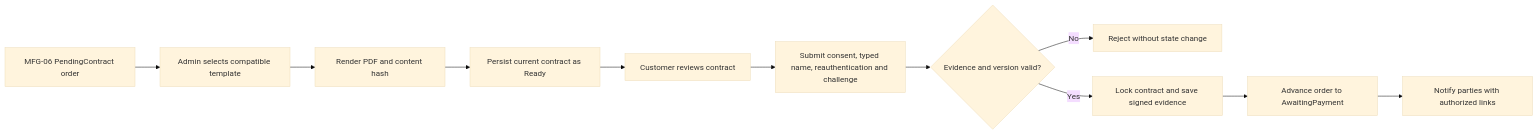
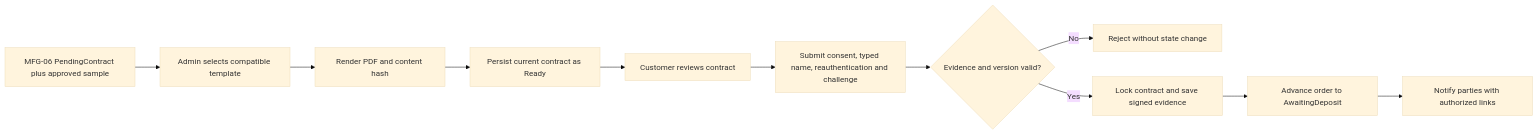
One commit to ankhanhwork/weavelink-project changed the first of 2 diagrams in specs/spec-MFG-09.md. Above: the diagram before and after it, drawn with Mermaid (base theme). The commit also changed other lines of this file and 101 other files, not shown here.

````diff
--- a/specs/spec-MFG-09.md
+++ b/specs/spec-MFG-09.md
@@ -66,13 +66,13 @@
 ```mermaid
 flowchart LR
-  Order[MFG-06 PendingContract order] --> Template[Admin selects compatible template]
+  Order[MFG-06 PendingContract plus approved sample] --> Template[Admin selects compatible template]
   Template --> Render[Render PDF and content hash]
   Render --> Ready[Persist current contract as Ready]
   Ready --> Review[Customer reviews contract]
   Review --> Evidence[Submit consent, typed name, reauthentication and challenge]
   Evidence --> Valid{Evidence and version valid?}
   Valid -->|No| Error[Reject without state change]
   Valid -->|Yes| Signed[Lock contract and save signed evidence]
-  Signed --> Payment[Advance order to AwaitingPayment]
+  Signed --> Payment[Advance order to AwaitingDeposit]
   Payment --> Notice[Notify parties with authorized links]
 ```
````
